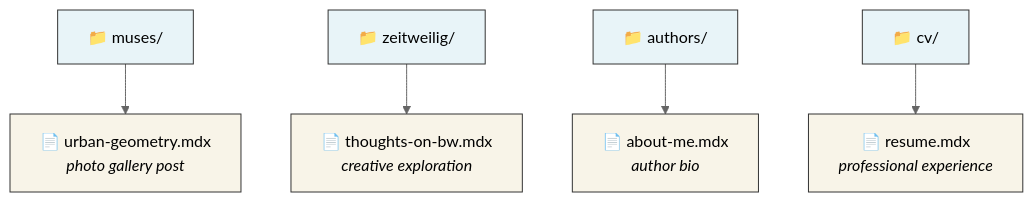
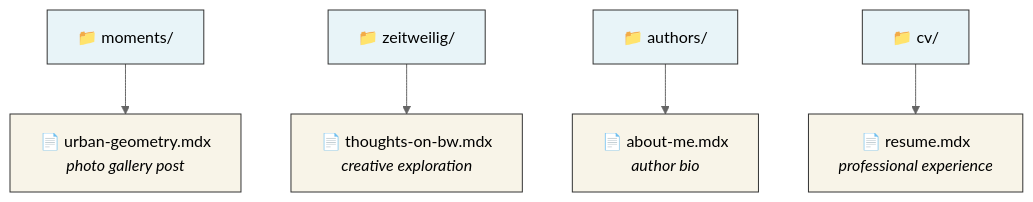
The sixth of 9 diagrams in README.md (michalroziel/revista-3), drawn with Mermaid (neutral theme) before and after one commit. The commit also changed other lines of this file and 55 other files, not shown here.

````diff
--- a/README.md
+++ b/README.md
@@ -274,16 +274,16 @@
 ```mermaid
 graph TD
     classDef contentType fill:#e8f4f8,stroke:#333,stroke-width:1px
     classDef mdFile fill:#f8f4e8,stroke:#333,stroke-width:1px
     
-    D["📁 muses/"] --> L["📄 urban-geometry.mdx<br><i>photo gallery post</i>"]
+    D["📁 moments/"] --> L["📄 urban-geometry.mdx<br><i>photo gallery post</i>"]
     
     E["📁 zeitweilig/"] --> M["📄 thoughts-on-bw.mdx<br><i>creative exploration</i>"]
     
     F["📁 authors/"] --> N["📄 about-me.mdx<br><i>author bio</i>"]
     
     G["📁 cv/"] --> O["📄 resume.mdx<br><i>professional experience</i>"]
     
     class D,E,F,G contentType
     class L,M,N,O mdFile
 ```
````
